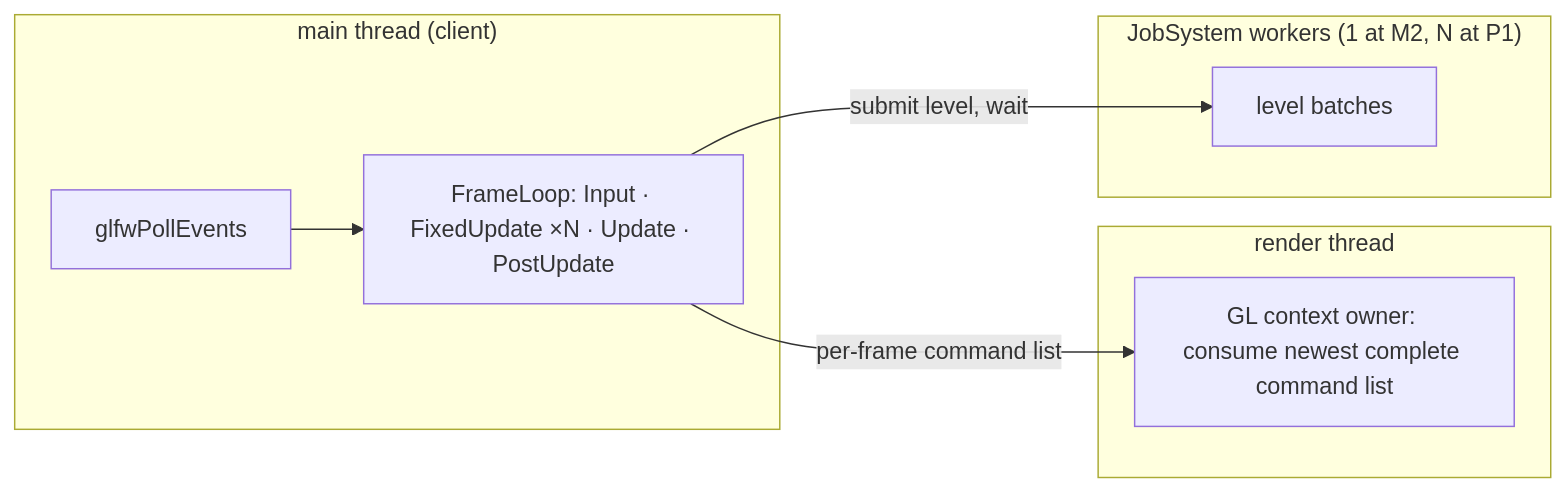
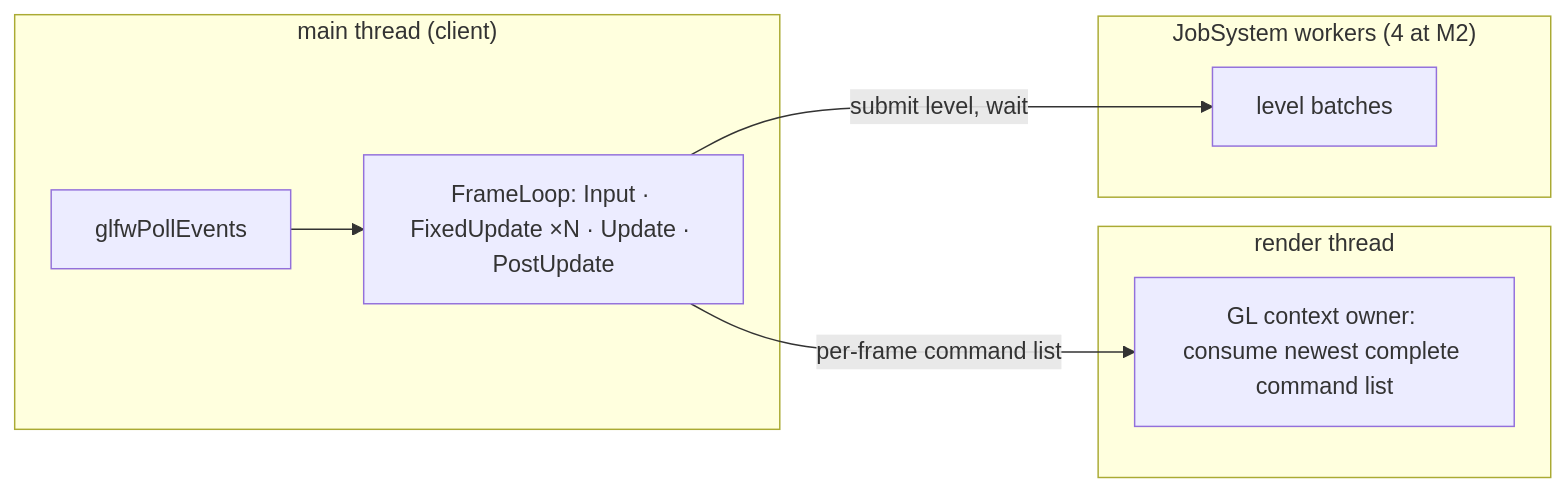
The diagram in 04 Design Docs/Systems/Concurrency — Design.md (techattackteam/TechEngine-vault), drawn with Mermaid before and after one commit. The commit also changed other lines of this file and 4 other files, not shown here.

First line of the commit message:
S4-T4/T5: record the job system and close story B

````diff
--- a/04 Design Docs/Systems/Concurrency — Design.md
+++ b/04 Design Docs/Systems/Concurrency — Design.md
@@ -33,14 +33,14 @@
 ```mermaid
 flowchart LR
   subgraph main["main thread (client)"]
     PUMP["glfwPollEvents"] --> LOOP["FrameLoop: Input · FixedUpdate ×N · Update · PostUpdate"]
   end
   subgraph rt["render thread"]
     GL["GL context owner: consume newest complete command list"]
   end
-  subgraph pool["JobSystem workers (1 at M2, N at P1)"]
+  subgraph pool["JobSystem workers (4 at M2)"]
     W["level batches"]
   end
   LOOP -->|"per-frame command list"| GL
   LOOP -->|"submit level, wait"| W
 ```
````
